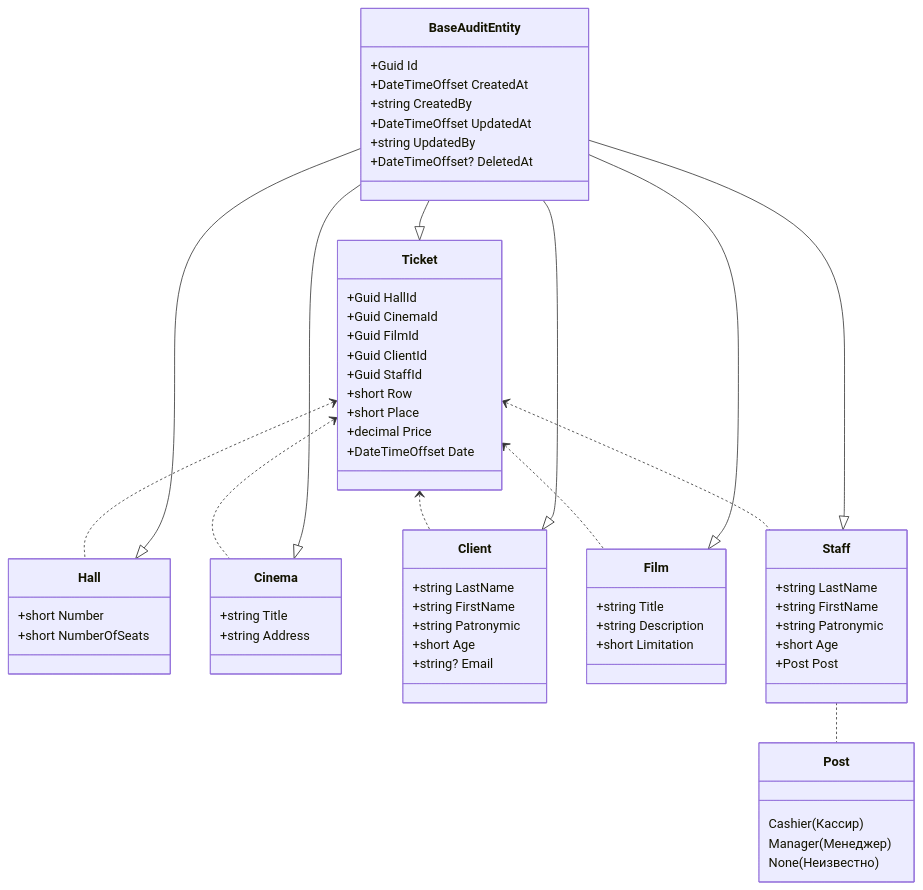
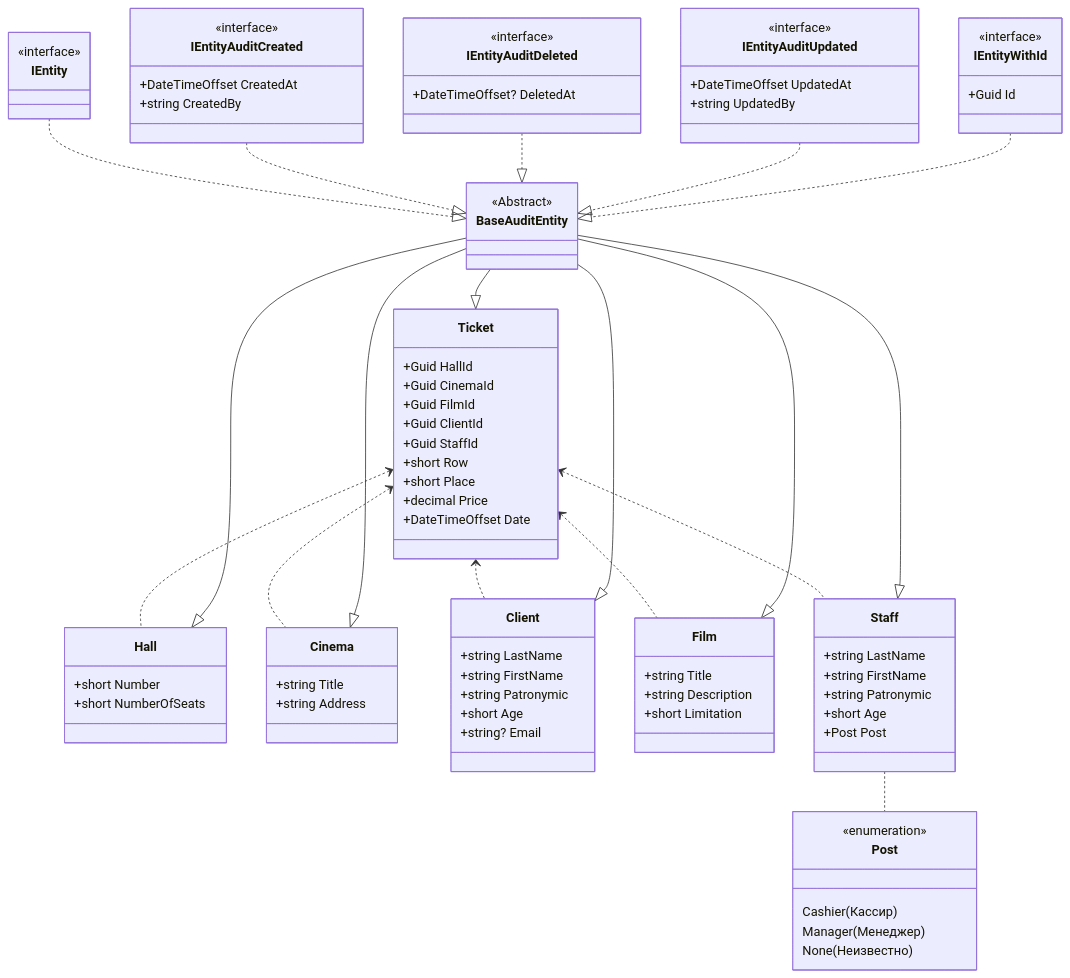
The diagram in README.md (DenchikSlaziet/TicketSelling-API), drawn with Mermaid before and after one commit.

````diff
--- a/README.md
+++ b/README.md
@@ -15,6 +15,32 @@
     BaseAuditEntity --|> Film
     BaseAuditEntity --|> Ticket
     BaseAuditEntity --|> Staff
+    IEntity ..|> BaseAuditEntity
+    IEntityAuditCreated ..|> BaseAuditEntity
+    IEntityAuditDeleted ..|> BaseAuditEntity
+    IEntityAuditUpdated ..|> BaseAuditEntity
+    IEntityWithId ..|> BaseAuditEntity
+    class IEntity{
+        <<interface>>
+    }
+    class IEntityAuditCreated{
+        <<interface>>
+        +DateTimeOffset CreatedAt
+        +string CreatedBy
+    }
+    class IEntityAuditDeleted{
+        <<interface>>
+        +DateTimeOffset? DeletedAt
+    }
+    class IEntityAuditUpdated{
+        <<interface>>
+        +DateTimeOffset UpdatedAt
+        +string UpdatedBy
+    }
+    class IEntityWithId{
+        <<interface>>
+        +Guid Id
+    }        
     class Hall{
         +short Number
         +short NumberOfSeats
@@ -54,18 +80,13 @@
         +decimal Price
         +DateTimeOffset Date
     }
-    class Post{
+    class Post {
+        <<enumeration>>
         Cashier(Кассир)
         Manager(Менеджер)
         None(Неизвестно)
     }
     class BaseAuditEntity {
-        +Guid Id
-        +DateTimeOffset CreatedAt
-        +string CreatedBy
-        +DateTimeOffset UpdatedAt
-        +string UpdatedBy
-        +DateTimeOffset? DeletedAt
+        <<Abstract>>        
     }
-
 ```
````
